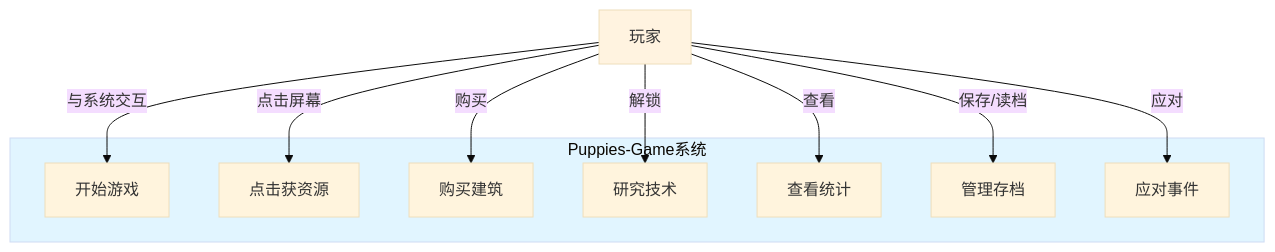
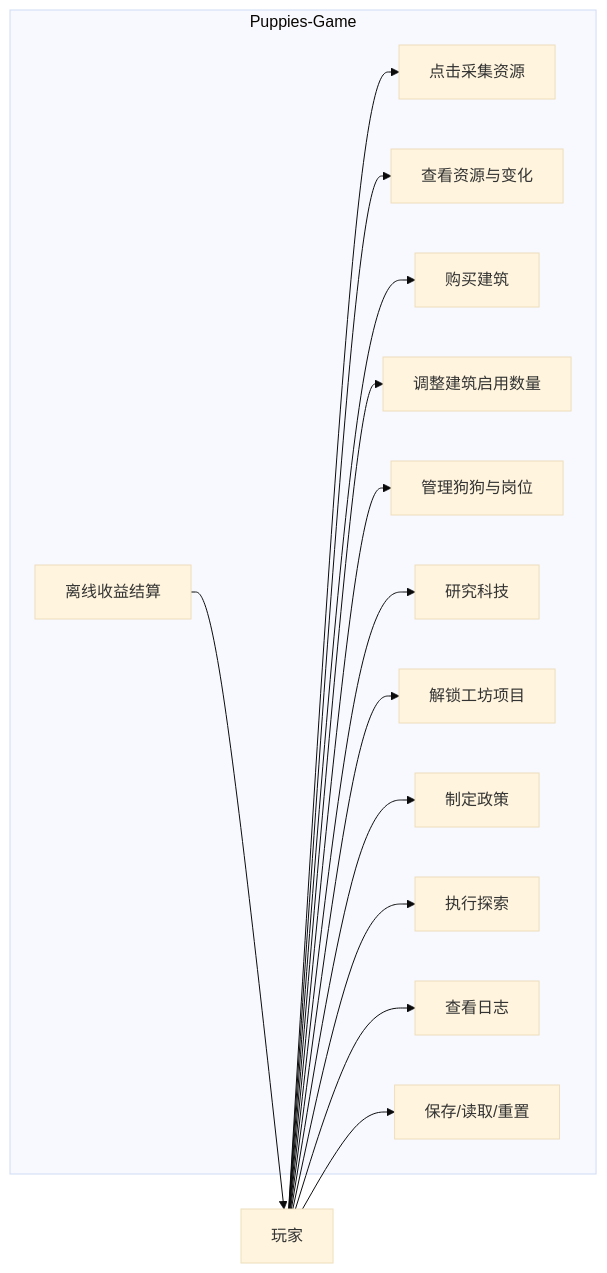
Before and after one commit to kaito387/puppies-game: the first of 13 diagrams in docs/02_系统建模报告.md, drawn with Mermaid (base theme). The commit also changed other lines of this file and 7 other files, not shown here.

````diff
--- a/docs/02_系统建模报告.md
+++ b/docs/02_系统建模报告.md
@@ -29,25 +19,32 @@
 ```mermaid
-graph TB
-    subgraph System["Puppies-Game系统"]
-        UC1["开始游戏"]
-        UC2["点击获资源"]
-        UC3["购买建筑"]
-        UC4["研究技术"]
-        UC5["查看统计"]
-        UC6["管理存档"]
-        UC7["应对事件"]
-    end
+flowchart LR
+  Player["玩家"]
 
-    Player["玩家"]
+  subgraph Game["Puppies-Game"]
+    UC1["点击采集资源"]
+    UC2["查看资源与变化"]
+    UC3["购买建筑"]
+    UC4["调整建筑启用数量"]
+    UC5["管理狗狗与岗位"]
+    UC6["研究科技"]
+    UC7["解锁工坊项目"]
+    UC8["制定政策"]
+    UC9["执行探索"]
+    UC10["查看日志"]
+    UC11["保存/读取/重置"]
+    UC12["离线收益结算"]
+  end
 
-    Player -->|与系统交互| UC1
-    Player -->|点击屏幕| UC2
-    Player -->|购买| UC3
-    Player -->|解锁| UC4
-    Player -->|查看| UC5
-    Player -->|保存/读档| UC6
-    Player -->|应对| UC7
-
-    style System fill:#e1f5ff
-    style Player fill:#fff3e0
+  Player --> UC1
+  Player --> UC2
+  Player --> UC3
+  Player --> UC4
+  Player --> UC5
+  Player --> UC6
+  Player --> UC7
+  Player --> UC8
+  Player --> UC9
+  Player --> UC10
+  Player --> UC11
+  UC12 --> Player
 ```
````
